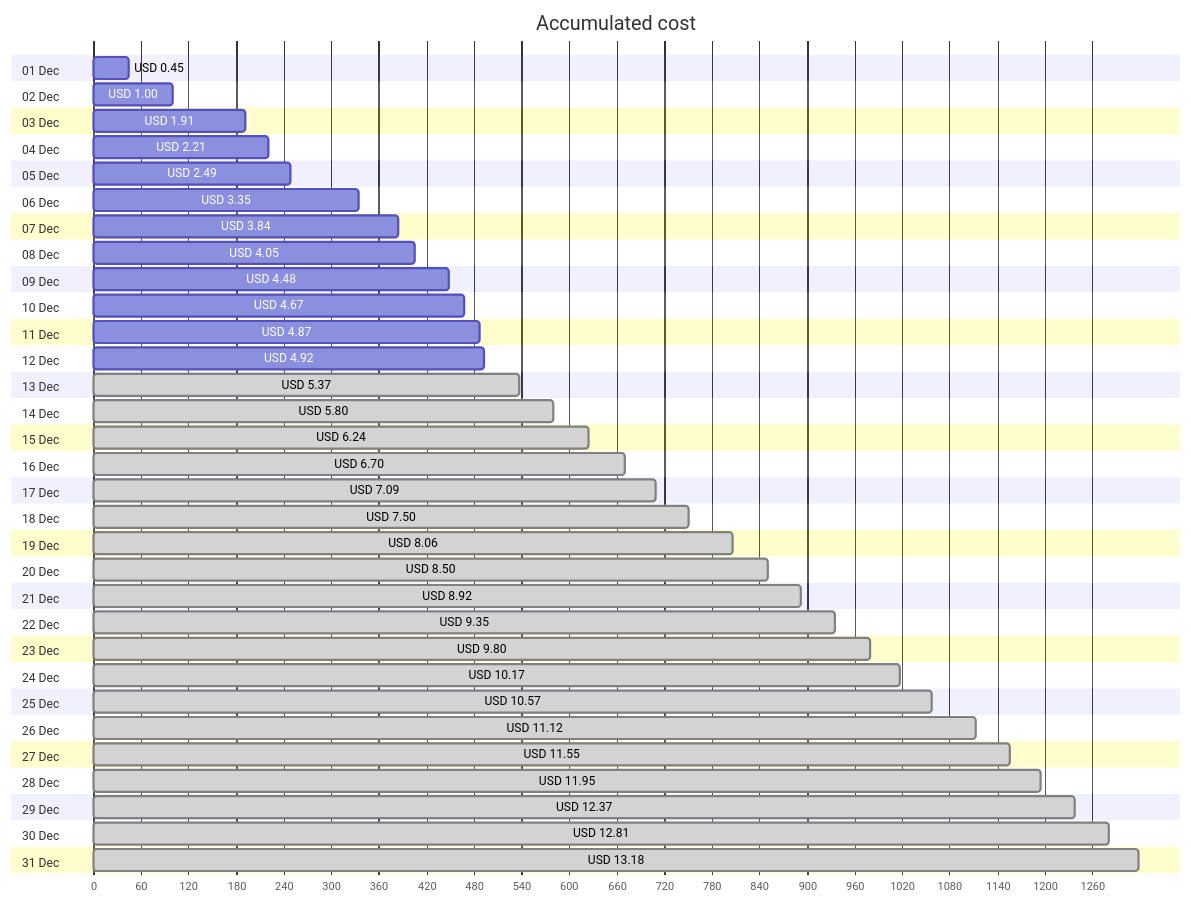
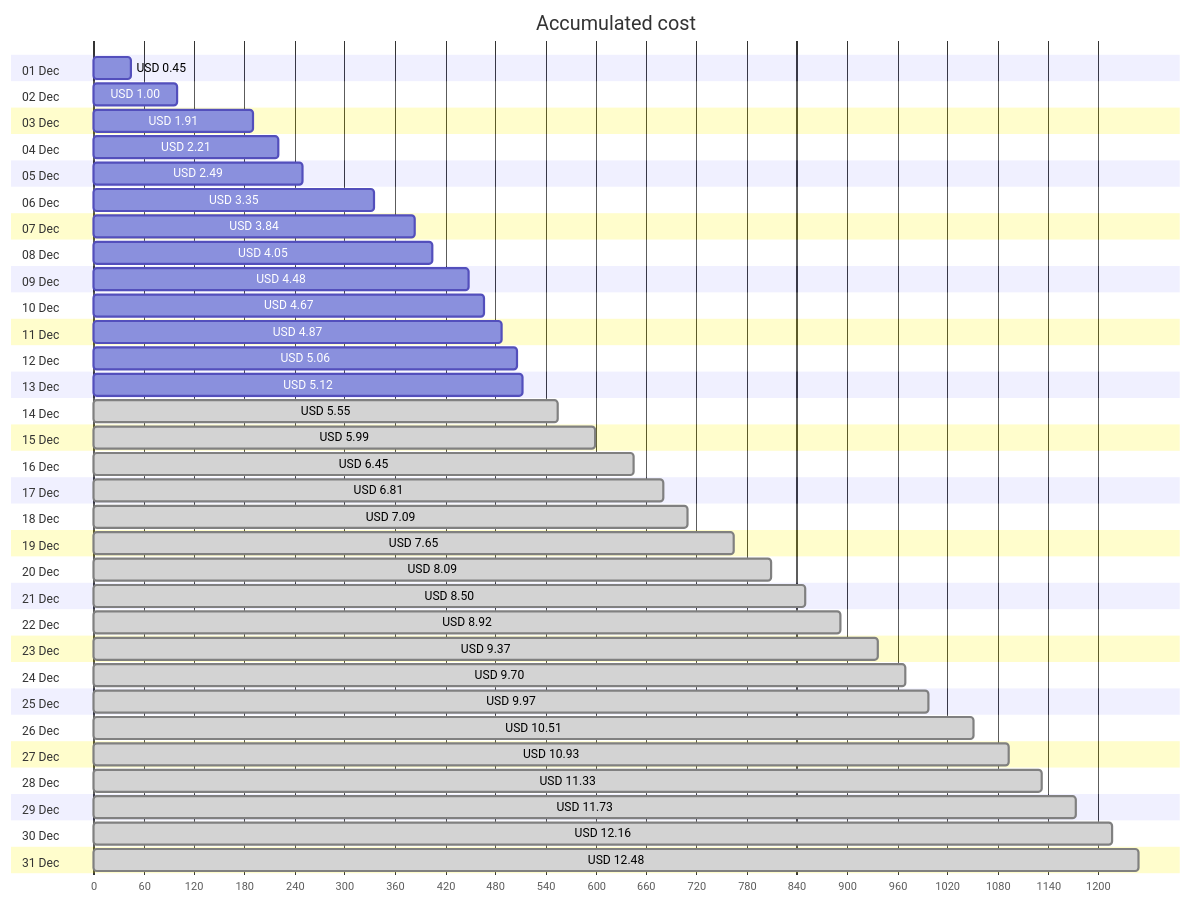
Before and after one commit to jpfulton/azure-personal-reports: the first of 4 diagrams in cost-reports/personal-network/vpn-server.md, drawn with Mermaid. The commit also changed other lines of this file and 8 other files, not shown here.

````diff
--- a/cost-reports/personal-network/vpn-server.md
+++ b/cost-reports/personal-network/vpn-server.md
@@ -20,68 +20,68 @@
 ```mermaid
 gantt
    title Accumulated cost
    dateFormat  X
    axisFormat %s
    section 01 Dec
    USD 0.45 :0, 45
    section 02 Dec
    USD 1.00 :0, 100
    section 03 Dec
    USD 1.91 :0, 191
    section 04 Dec
    USD 2.21 :0, 221
    section 05 Dec
    USD 2.49 :0, 249
    section 06 Dec
    USD 3.35 :0, 335
    section 07 Dec
    USD 3.84 :0, 384
    section 08 Dec
    USD 4.05 :0, 405
    section 09 Dec
    USD 4.48 :0, 448
    section 10 Dec
    USD 4.67 :0, 467
    section 11 Dec
    USD 4.87 :0, 487
    section 12 Dec
-   USD 4.92 :0, 492
+   USD 5.06 :0, 506
    section 13 Dec
-   USD 5.37 : done, 0, 537
+   USD 5.12 :0, 512
    section 14 Dec
-   USD 5.80 : done, 0, 580
+   USD 5.55 : done, 0, 555
    section 15 Dec
-   USD 6.24 : done, 0, 624
+   USD 5.99 : done, 0, 599
    section 16 Dec
-   USD 6.70 : done, 0, 670
+   USD 6.45 : done, 0, 645
    section 17 Dec
+   USD 6.81 : done, 0, 681
+   section 18 Dec
    USD 7.09 : done, 0, 709
-   section 18 Dec
-   USD 7.50 : done, 0, 750
    section 19 Dec
-   USD 8.06 : done, 0, 806
+   USD 7.65 : done, 0, 765
    section 20 Dec
+   USD 8.09 : done, 0, 809
+   section 21 Dec
    USD 8.50 : done, 0, 850
-   section 21 Dec
+   section 22 Dec
    USD 8.92 : done, 0, 892
-   section 22 Dec
-   USD 9.35 : done, 0, 935
    section 23 Dec
-   USD 9.80 : done, 0, 980
+   USD 9.37 : done, 0, 937
    section 24 Dec
-   USD 10.17 : done, 0, 1017
+   USD 9.70 : done, 0, 970
    section 25 Dec
-   USD 10.57 : done, 0, 1057
+   USD 9.97 : done, 0, 997
    section 26 Dec
-   USD 11.12 : done, 0, 1112
+   USD 10.51 : done, 0, 1051
    section 27 Dec
-   USD 11.55 : done, 0, 1155
+   USD 10.93 : done, 0, 1093
    section 28 Dec
-   USD 11.95 : done, 0, 1195
+   USD 11.33 : done, 0, 1133
    section 29 Dec
-   USD 12.37 : done, 0, 1237
+   USD 11.73 : done, 0, 1173
    section 30 Dec
-   USD 12.81 : done, 0, 1281
+   USD 12.16 : done, 0, 1216
    section 31 Dec
-   USD 13.18 : done, 0, 1318
+   USD 12.48 : done, 0, 1248
 ```
````
